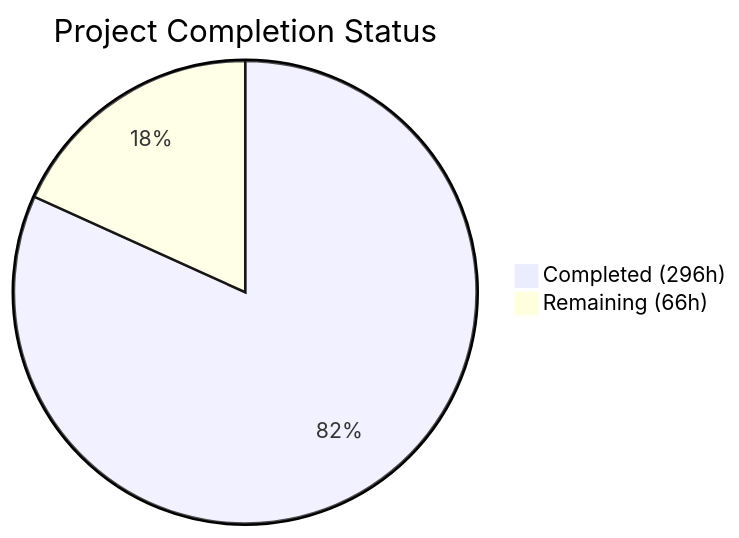
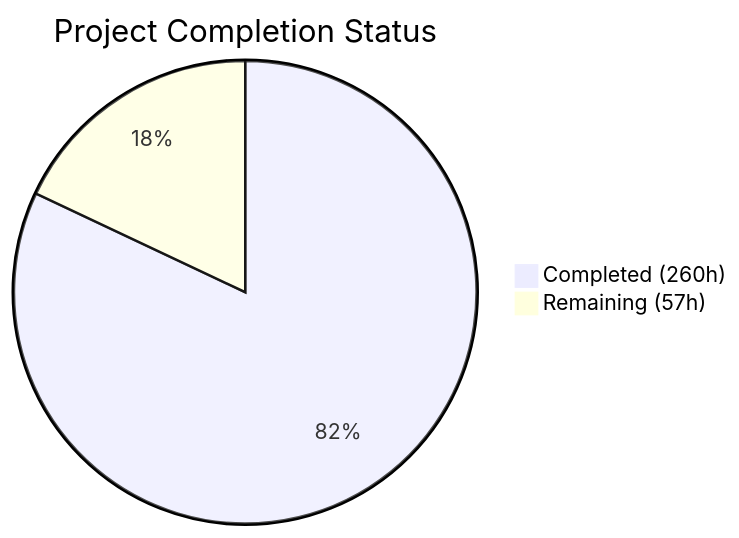
Before and after one commit to Blitzy-Sandbox/blitzy-wordpress: the first of 4 diagrams in blitzy/documentation/Project Guide.md, drawn with Mermaid. The commit also changed other lines of this file, not shown here.

Commit message:
Adding Blitzy Project Guide: Project Status and Human Tasks Remaining

````diff
--- a/blitzy/documentation/Project Guide.md
+++ b/blitzy/documentation/Project Guide.md
@@ -13,5 +15,5 @@
 ```mermaid
 pie title Project Completion Status
-    "Completed (296h)" : 296
-    "Remaining (66h)" : 66
+    "Completed (260h)" : 260
+    "Remaining (57h)" : 57
 ```
````
